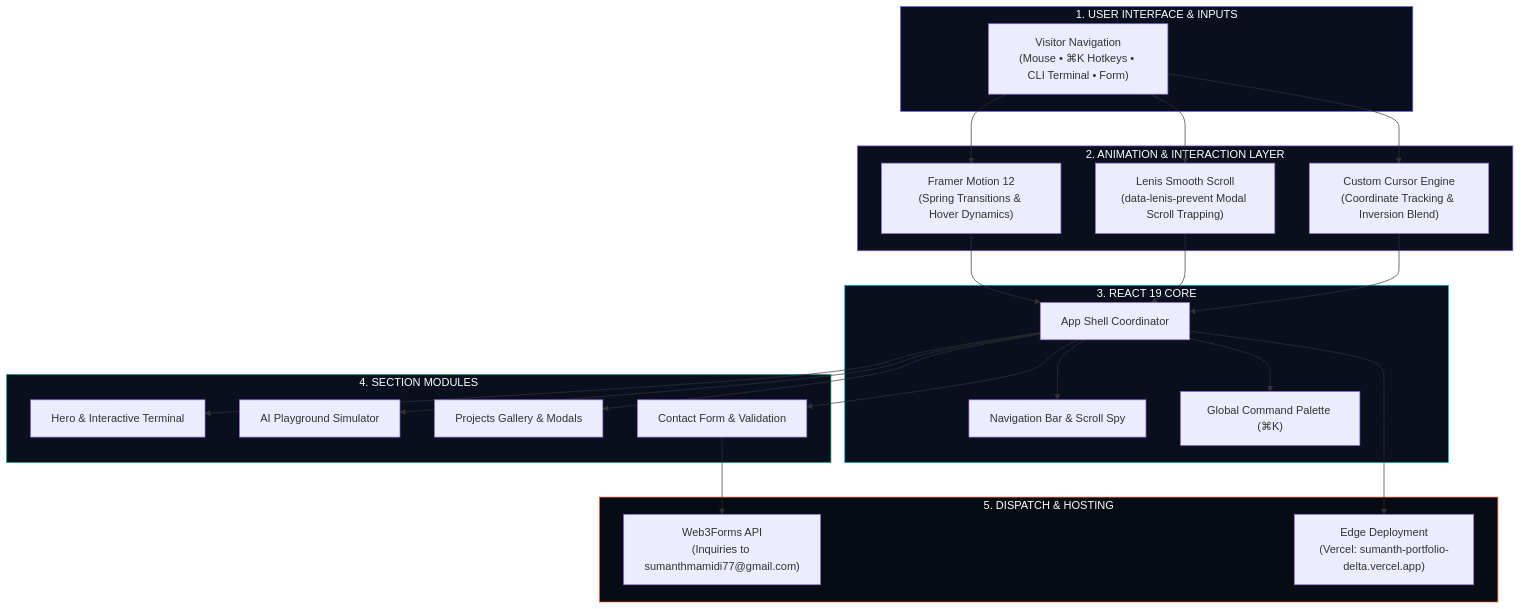
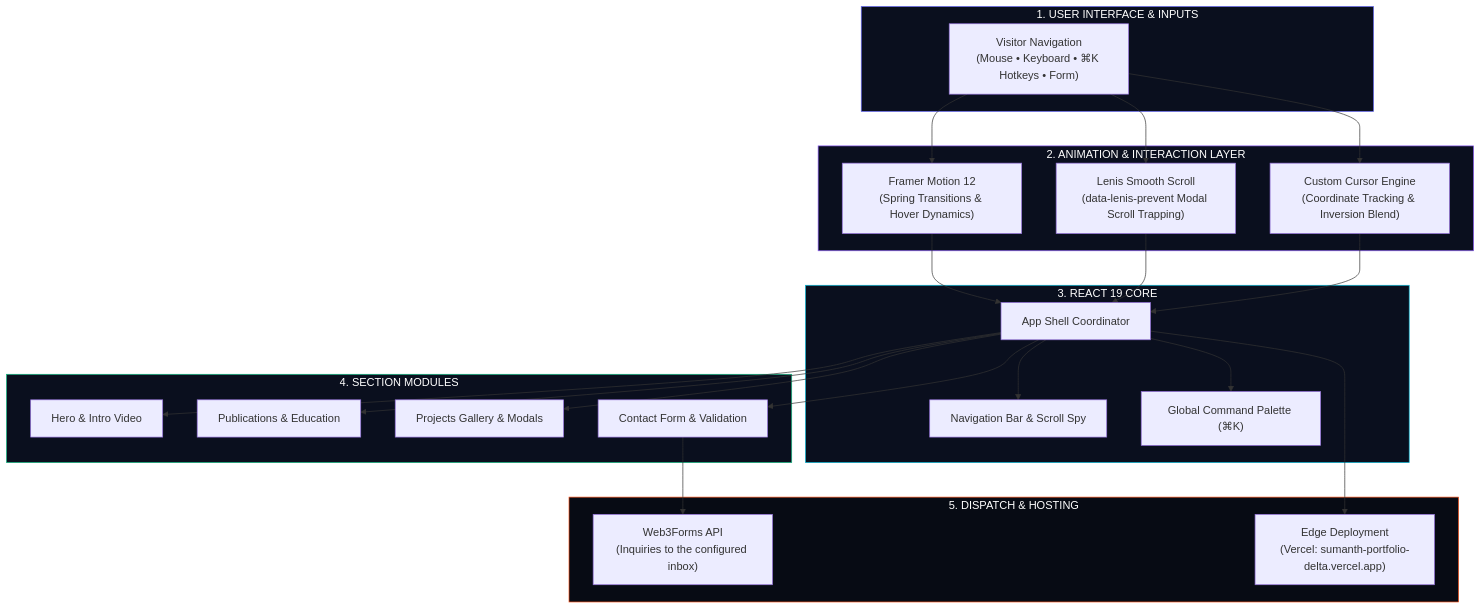
Before and after one commit to SumanthMamidi-MNS/Portfolio: the diagram in README.md, drawn with Mermaid. The commit also changed other lines of this file and 92 other files, not shown here.

````diff
--- a/README.md
+++ b/README.md
@@ -76,58 +79,58 @@
 ```mermaid
 flowchart TD
     %% Input
     subgraph S1 ["1. USER INTERFACE & INPUTS"]
-        A["Visitor Navigation<br/>(Mouse • ⌘K Hotkeys • CLI Terminal • Form)"]
+        A["Visitor Navigation<br/>(Mouse • Keyboard • ⌘K Hotkeys • Form)"]
     end
 
     %% Interaction Layer
     subgraph S2 ["2. ANIMATION & INTERACTION LAYER"]
         B["Framer Motion 12<br/>(Spring Transitions & Hover Dynamics)"]
         C["Lenis Smooth Scroll<br/>(data-lenis-prevent Modal Scroll Trapping)"]
         D["Custom Cursor Engine<br/>(Coordinate Tracking & Inversion Blend)"]
     end
 
     %% Core App
     subgraph S3 ["3. REACT 19 CORE"]
         E["App Shell Coordinator"]
         F["Navigation Bar & Scroll Spy"]
         G["Global Command Palette (⌘K)"]
     end
 
     %% Sections
     subgraph S4 ["4. SECTION MODULES"]
-        H["Hero & Interactive Terminal"]
-        I["AI Playground Simulator"]
+        H["Hero & Intro Video"]
+        I["Publications & Education"]
         J["Projects Gallery & Modals"]
         K["Contact Form & Validation"]
     end
 
     %% Delivery
     subgraph S5 ["5. DISPATCH & HOSTING"]
-        L["Web3Forms API<br/>(Inquiries to sumanthmamidi77@gmail.com)"]
+        L["Web3Forms API<br/>(Inquiries to the configured inbox)"]
         M["Edge Deployment<br/>(Vercel: sumanth-portfolio-delta.vercel.app)"]
     end
 
     %% Connections
     A --> B
     A --> C
     A --> D
     B --> E
     C --> E
     D --> E
     E --> F
     E --> G
     E --> H
     E --> I
     E --> J
     E --> K
     K --> L
     E --> M
 
     %% Obsidian Dark Palette
     style S1 fill:#0A0F1E,stroke:#6366F1,stroke-width:1px,color:#fff
     style S2 fill:#0A0F1E,stroke:#8B5CF6,stroke-width:1px,color:#fff
     style S3 fill:#0A0F1E,stroke:#06B6D4,stroke-width:1px,color:#fff
     style S4 fill:#0A0F1E,stroke:#10B981,stroke-width:1px,color:#fff
     style S5 fill:#070B14,stroke:#FA541C,stroke-width:1px,color:#fff
 ```
````
